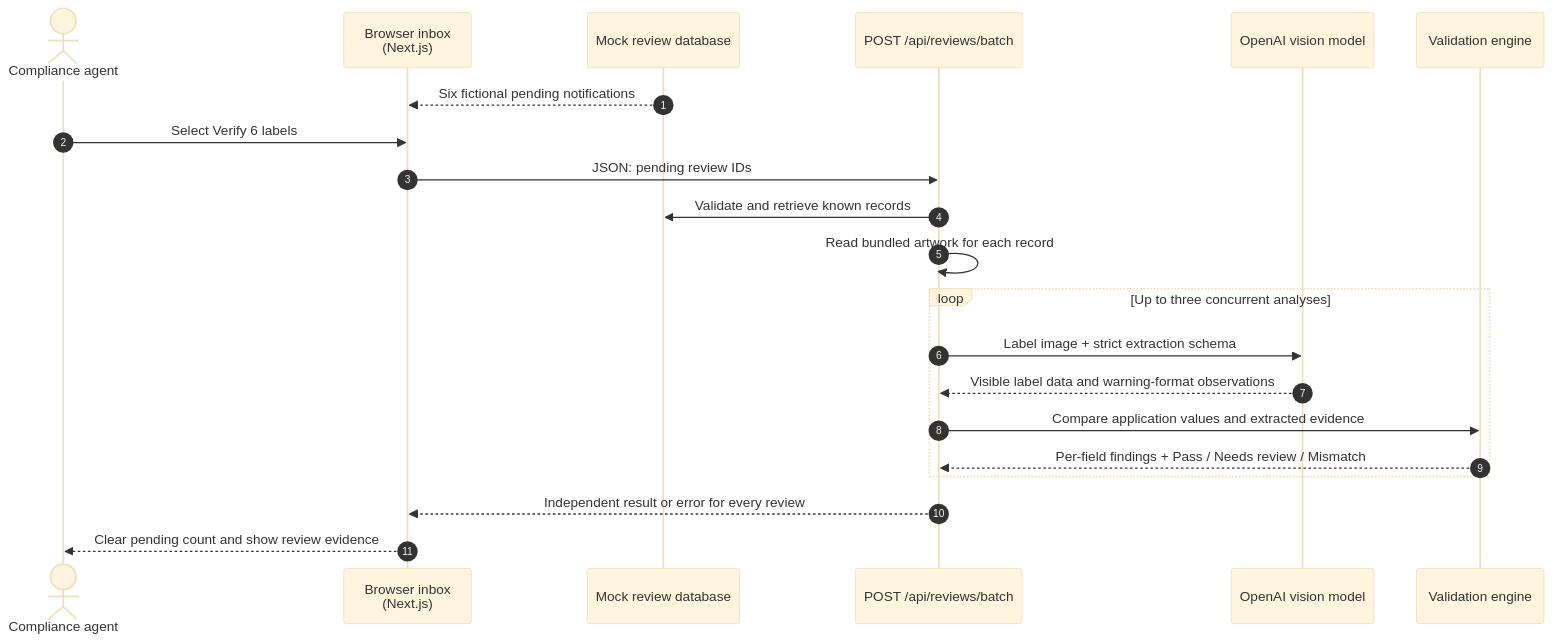
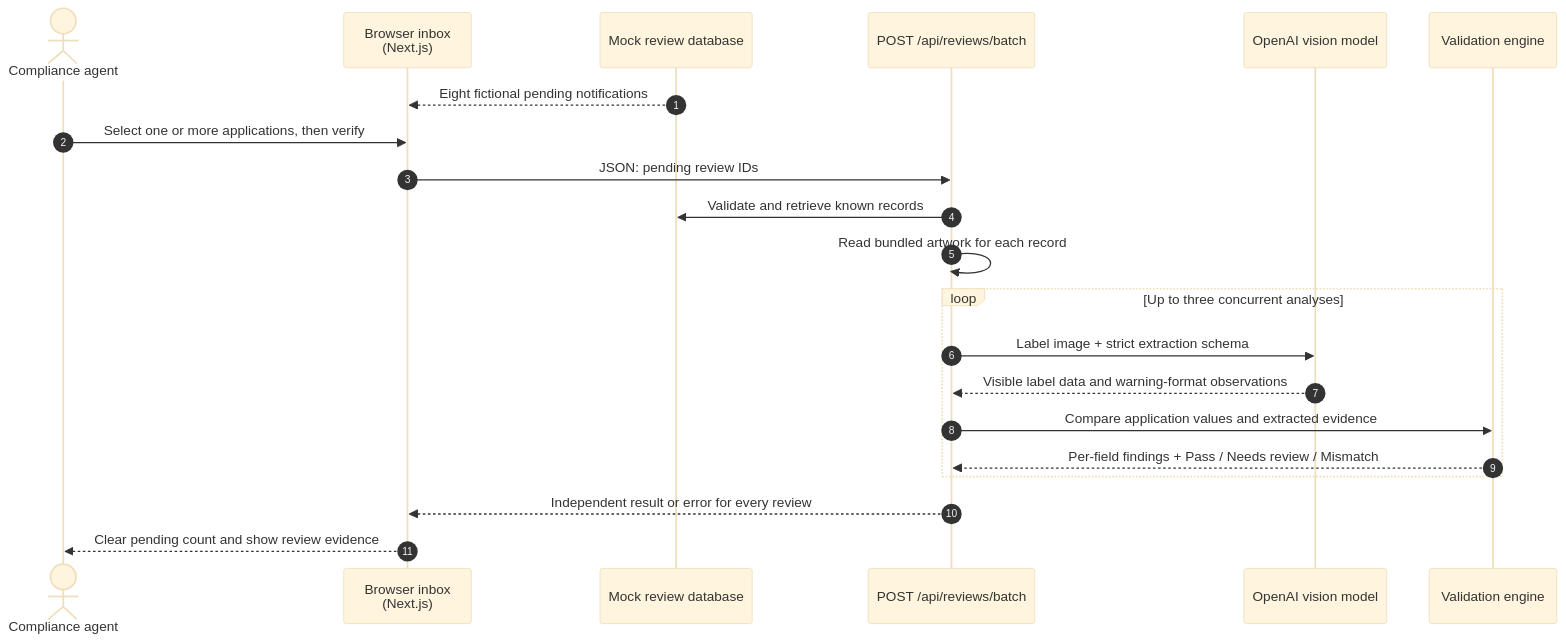
The diagram in docs/WORKFLOW.md (jaknock/janak-khadka-federal-build-challange), drawn with Mermaid (base theme) before and after one commit. The commit also changed other lines of this file and 25 other files, not shown here.

Commit message:
Improve UI changes and added user-friendly UI work-flow

````diff
--- a/docs/WORKFLOW.md
+++ b/docs/WORKFLOW.md
@@ -8,24 +8,24 @@
 ```mermaid
 sequenceDiagram
     autonumber
     actor Agent as Compliance agent
     participant UI as Browser inbox<br/>(Next.js)
     participant Queue as Mock review database
     participant API as POST /api/reviews/batch
     participant AI as OpenAI vision model
     participant Rules as Validation engine
 
-    Queue-->>UI: Six fictional pending notifications
-    Agent->>UI: Select Verify 6 labels
+    Queue-->>UI: Eight fictional pending notifications
+    Agent->>UI: Select one or more applications, then verify
     UI->>API: JSON: pending review IDs
     API->>Queue: Validate and retrieve known records
     API->>API: Read bundled artwork for each record
     loop Up to three concurrent analyses
         API->>AI: Label image + strict extraction schema
         AI-->>API: Visible label data and warning-format observations
         API->>Rules: Compare application values and extracted evidence
         Rules-->>API: Per-field findings + Pass / Needs review / Mismatch
     end
     API-->>UI: Independent result or error for every review
     UI-->>Agent: Clear pending count and show review evidence
 ```
````
